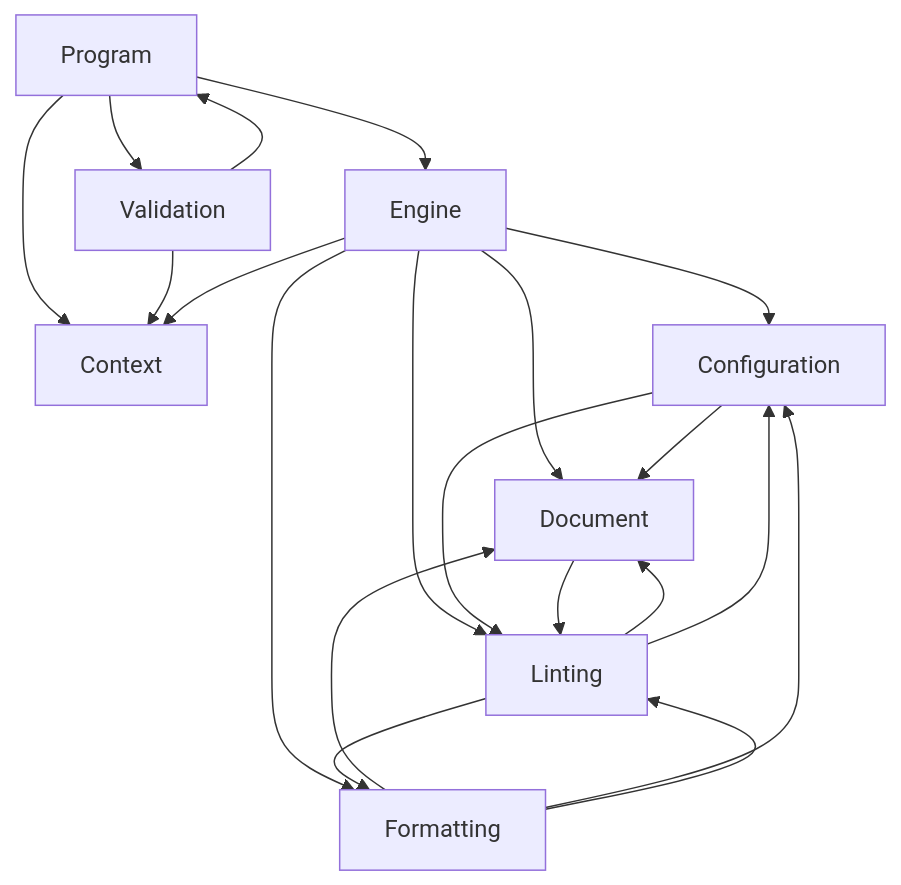
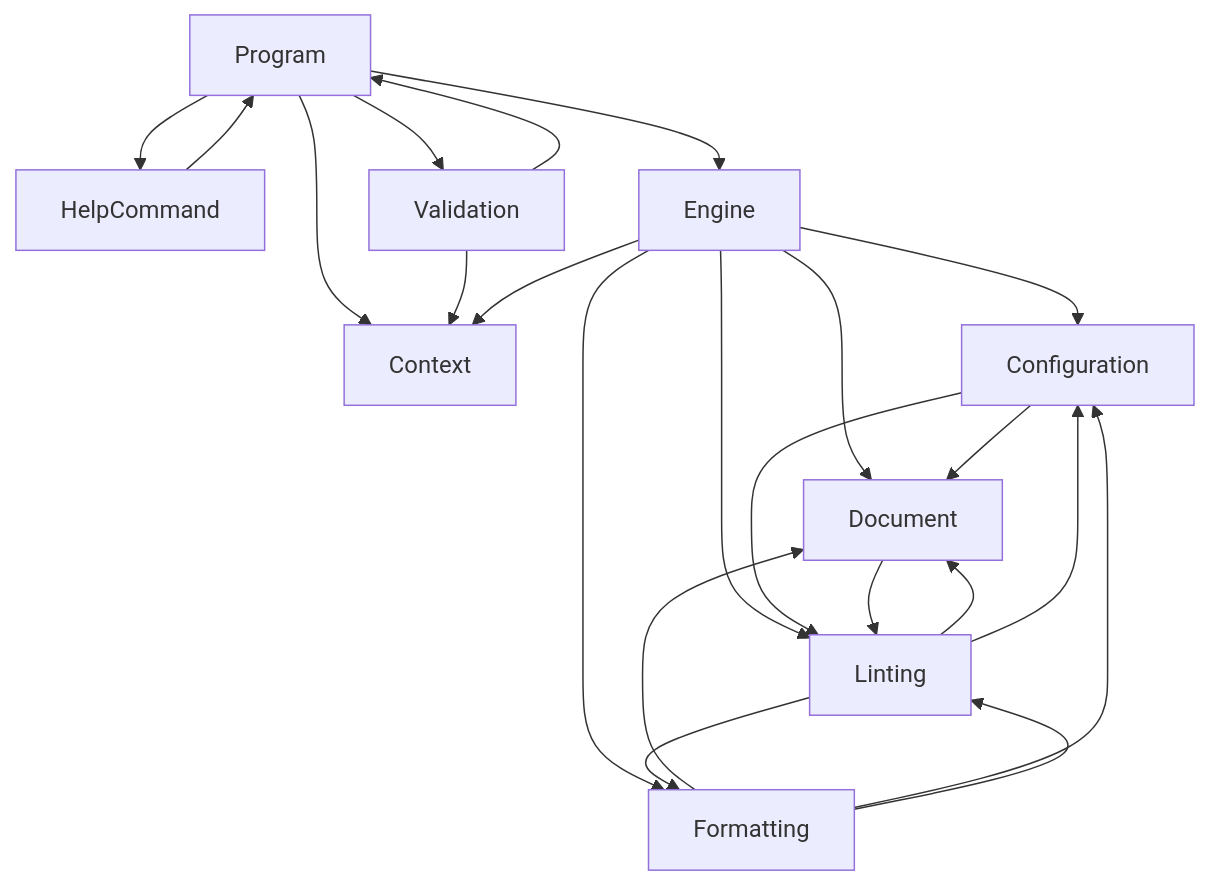
The diagram in docs/design/lintmark.md (demaconsulting/LintMark), drawn with Mermaid before and after one commit. The commit also changed other lines of this file and 46 other files, not shown here.

````diff
--- a/docs/design/lintmark.md
+++ b/docs/design/lintmark.md
@@ -20,22 +22,24 @@
 ```mermaid
 flowchart TD
+    Program --> HelpCommand
     Program --> Context
     Program --> Validation
     Program --> Engine
+    HelpCommand --> Program
     Validation --> Program
     Validation --> Context
     Engine --> Context
     Engine --> Configuration
     Engine --> Document
     Engine --> Linting
     Engine --> Formatting
     Configuration --> Document
     Configuration --> Linting
     Document --> Linting
     Linting --> Document
     Linting --> Configuration
     Linting --> Formatting
     Formatting --> Document
     Formatting --> Configuration
     Formatting --> Linting
 ```
````
